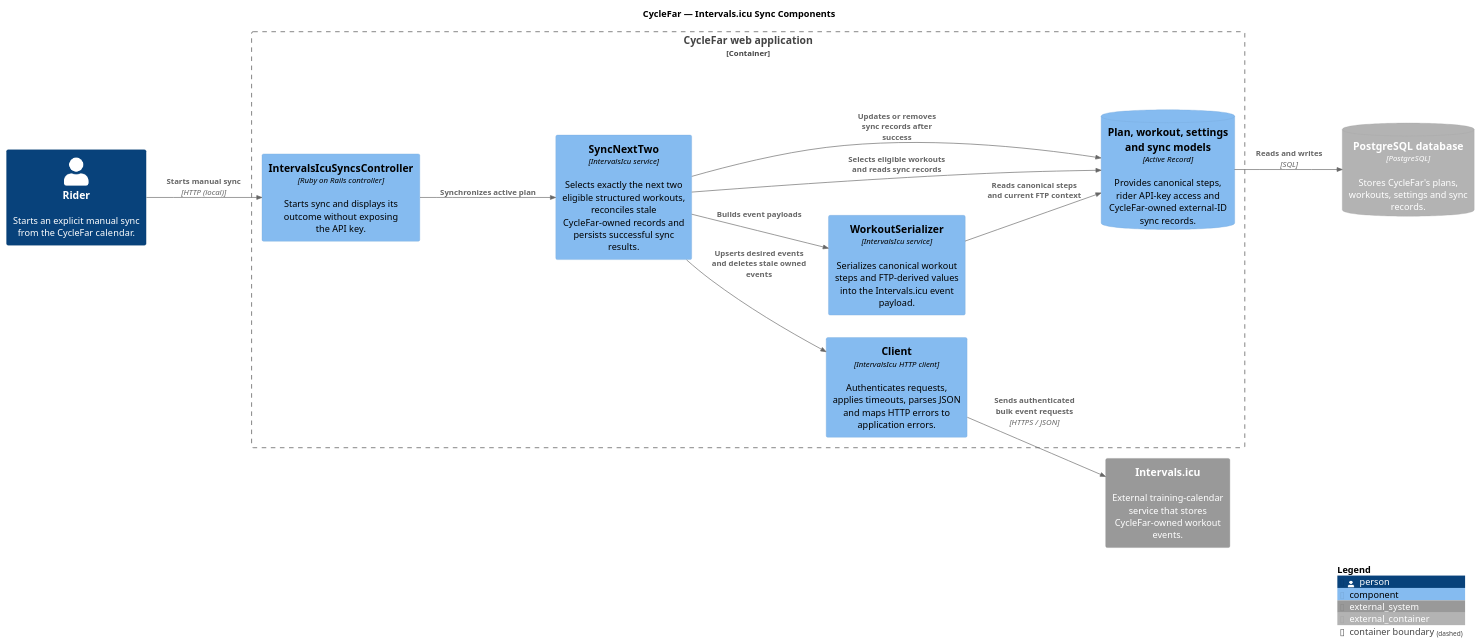
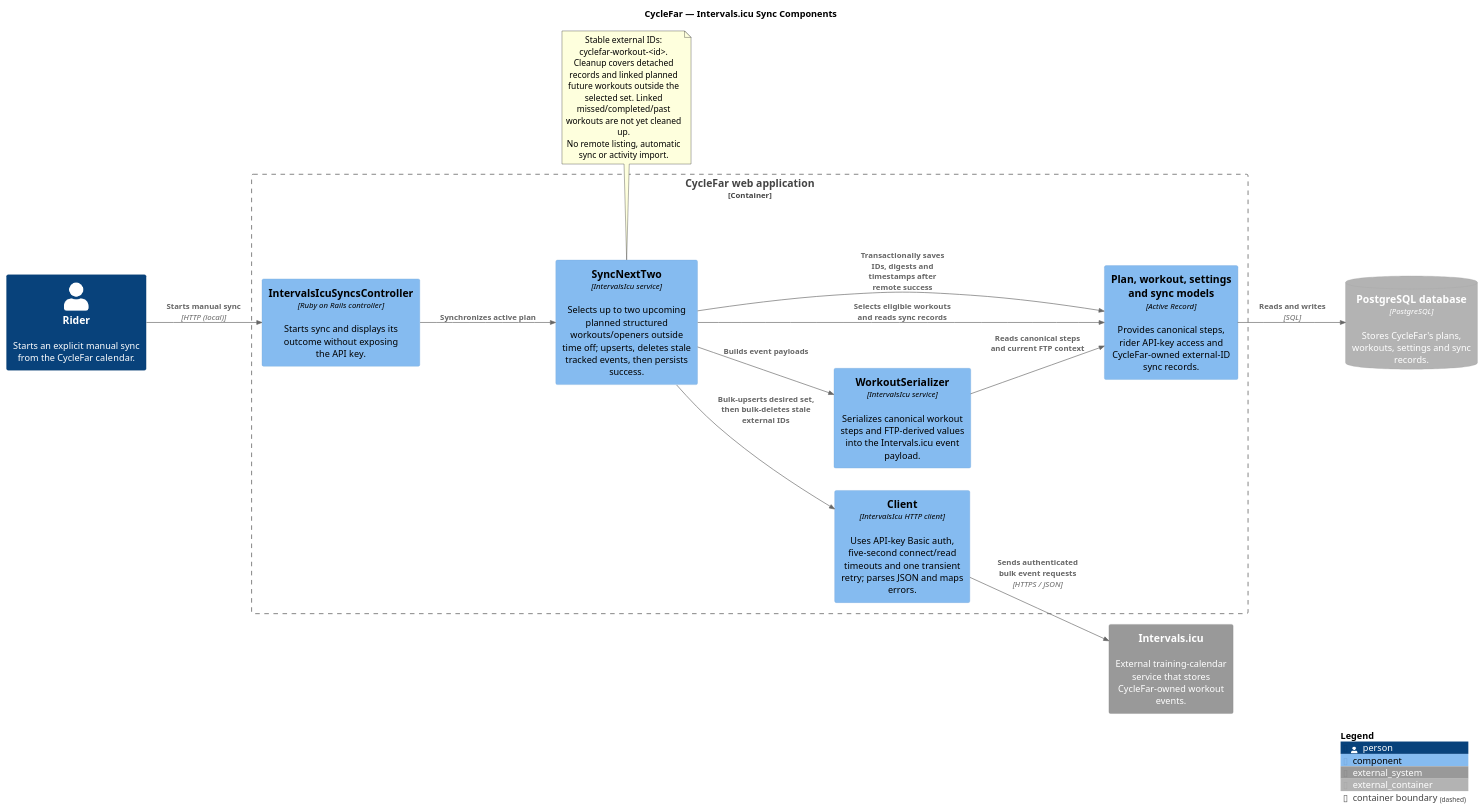
One commit to richardhartme/cyclefar changed the diagram in docs/diagrams/cyclefar-intervals-icu-sync-components.puml. Above: the diagram before and after it, drawn with PlantUML. The commit also changed 8 other files, not shown here.

Commit message:
Align C4 diagrams with current implementation

```diff
--- a/docs/diagrams/cyclefar-intervals-icu-sync-components.puml
+++ b/docs/diagrams/cyclefar-intervals-icu-sync-components.puml
@@ -1,31 +1,40 @@
 @startuml CycleFar Intervals ICU Sync Components
+' Reviewed against application source on 2026-09-25; scope and limitations: README.md
 !include https://raw.githubusercontent.com/plantuml-stdlib/C4-PlantUML/master/C4_Component.puml
 
 title CycleFar — Intervals.icu Sync Components
 
 LAYOUT_LEFT_RIGHT()
 
 Person(rider, "Rider", "Starts an explicit manual sync from the CycleFar calendar.")
 System_Ext(intervals_icu, "Intervals.icu", "External training-calendar service that stores CycleFar-owned workout events.")
 ContainerDb_Ext(database, "PostgreSQL database", "PostgreSQL", "Stores CycleFar's plans, workouts, settings and sync records.")
 
 Container_Boundary(web_application, "CycleFar web application") {
   Component(controller, "IntervalsIcuSyncsController", "Ruby on Rails controller", "Starts sync and displays its outcome without exposing the API key.")
-  Component(sync, "SyncNextTwo", "IntervalsIcu service", "Selects exactly the next two eligible structured workouts, reconciles stale CycleFar-owned records and persists successful sync results.")
+  Component(sync, "SyncNextTwo", "IntervalsIcu service", "Selects up to two upcoming planned structured workouts/openers outside time off; upserts, deletes stale tracked events, then persists success.")
   Component(serializer, "WorkoutSerializer", "IntervalsIcu service", "Serializes canonical workout steps and FTP-derived values into the Intervals.icu event payload.")
-  Component(client, "Client", "IntervalsIcu HTTP client", "Authenticates requests, applies timeouts, parses JSON and maps HTTP errors to application errors.")
-  ComponentDb(models, "Plan, workout, settings and sync models", "Active Record", "Provides canonical steps, rider API-key access and CycleFar-owned external-ID sync records.")
+  Component(client, "Client", "IntervalsIcu HTTP client", "Uses API-key Basic auth, five-second connect/read timeouts and one transient retry; parses JSON and maps errors.")
+  Component(models, "Plan, workout, settings and sync models", "Active Record", "Provides canonical steps, rider API-key access and CycleFar-owned external-ID sync records.")
 }
 
 Rel(rider, controller, "Starts manual sync", "HTTP (local)")
 Rel(controller, sync, "Synchronizes active plan")
 Rel(sync, models, "Selects eligible workouts and reads sync records")
 Rel(sync, serializer, "Builds event payloads")
 Rel(serializer, models, "Reads canonical steps and current FTP context")
-Rel(sync, client, "Upserts desired events and deletes stale owned events")
+Rel(sync, client, "Bulk-upserts desired set, then bulk-deletes stale external IDs")
 Rel(client, intervals_icu, "Sends authenticated bulk event requests", "HTTPS / JSON")
-Rel(sync, models, "Updates or removes sync records after success")
+Rel(sync, models, "Transactionally saves IDs, digests and timestamps after remote success")
 Rel(models, database, "Reads and writes", "SQL")
+
+note bottom of sync
+  Stable external IDs: cyclefar-workout-<id>.
+  Cleanup covers detached records and linked planned
+  future workouts outside the selected set. Linked
+  missed/completed/past workouts are not yet cleaned up.
+  No remote listing, automatic sync or activity import.
+end note
 
 SHOW_LEGEND()
 @enduml
```
